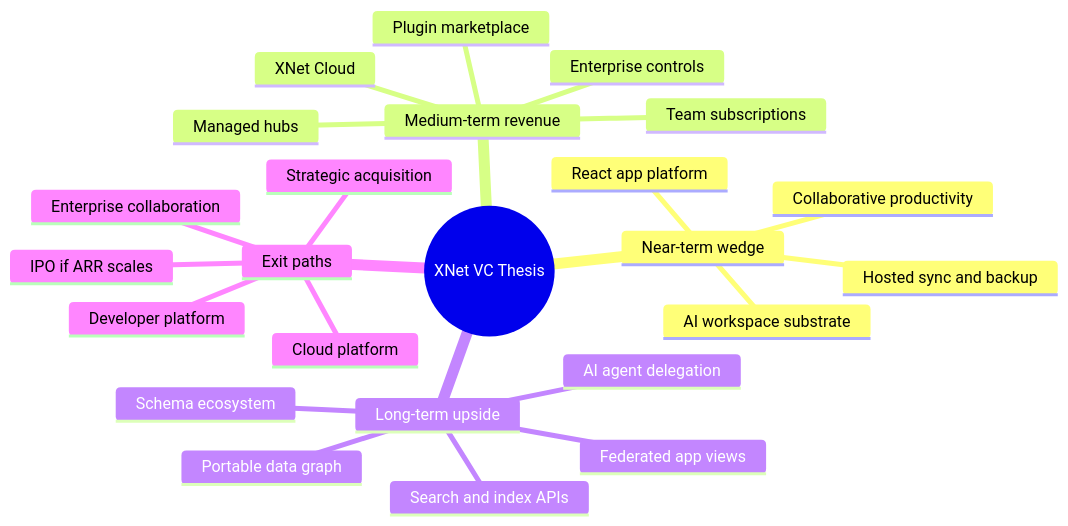
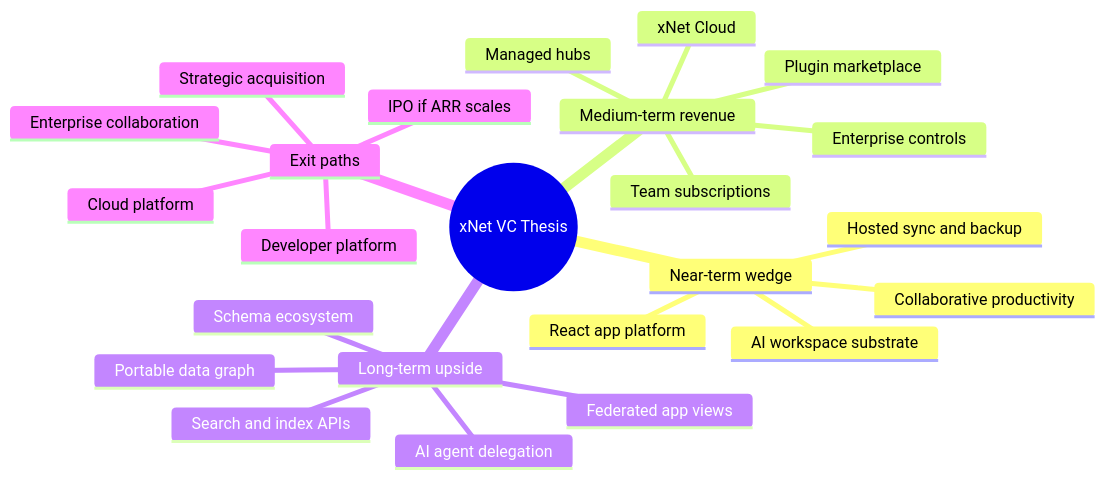
One commit to crs48/xNet changed the second of 6 diagrams in docs/explorations/0142_[_]_WHY_MIGHT_VCS_INVEST_IN_XNET_COMPELLING_VENTURE_RETURNS_AND_TIMEFRAMES.md. Above: the diagram before and after it, drawn with Mermaid. The commit also changed other lines of this file and 22 other files, not shown here.

````diff
--- a/docs/explorations/0142_[_]_WHY_MIGHT_VCS_INVEST_IN_XNET_COMPELLING_VENTURE_RETURNS_AND_TIMEFRAMES.md
+++ b/docs/explorations/0142_[_]_WHY_MIGHT_VCS_INVEST_IN_XNET_COMPELLING_VENTURE_RETURNS_AND_TIMEFRAMES.md
@@ -374,27 +374,27 @@
 ```mermaid
 mindmap
-  root((XNet VC Thesis))
+  root((xNet VC Thesis))
     Near-term wedge
       React app platform
       Collaborative productivity
       AI workspace substrate
       Hosted sync and backup
     Medium-term revenue
       Team subscriptions
-      XNet Cloud
+      xNet Cloud
       Managed hubs
       Plugin marketplace
       Enterprise controls
     Long-term upside
       Federated app views
       Portable data graph
       Schema ecosystem
       Search and index APIs
       AI agent delegation
     Exit paths
       Strategic acquisition
       Cloud platform
       Developer platform
       Enterprise collaboration
       IPO if ARR scales
 ```
````
